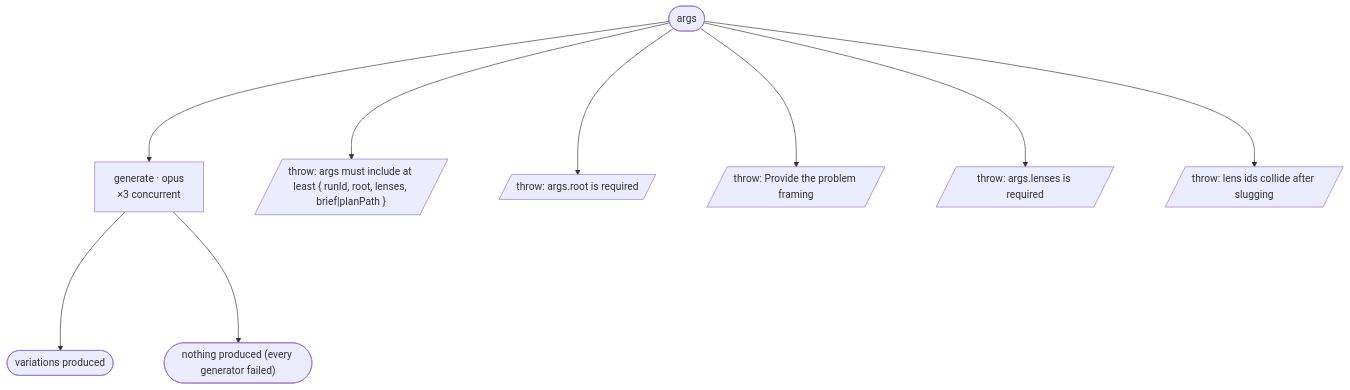
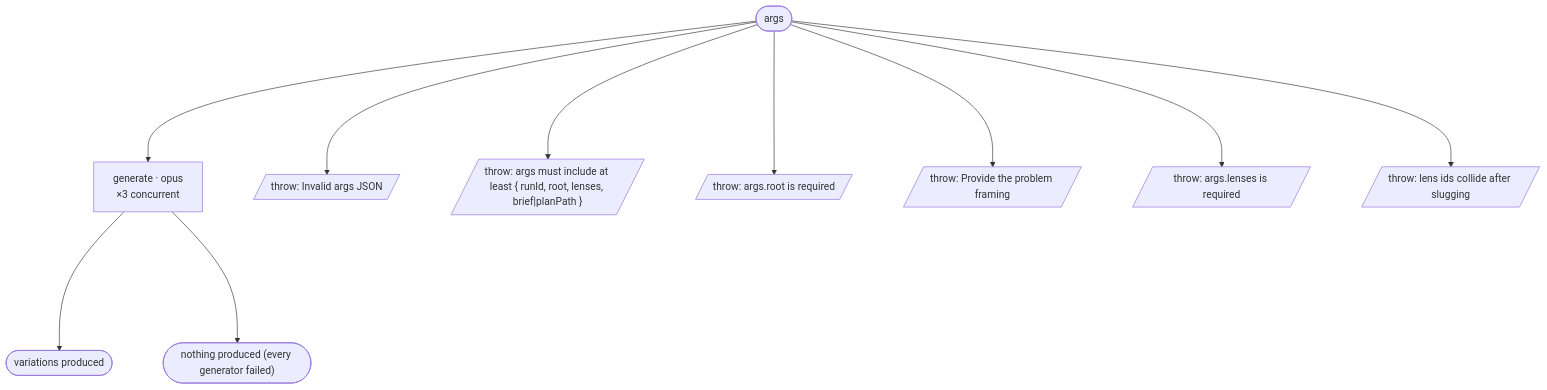
Before and after one commit to Blakeem/aipromptguide-workflows: the diagram in workflows/brainstorm/FLOW.md, drawn with Mermaid. The commit also changed other lines of this file and 34 other files, not shown here.

Commit message:
hardening sweeps: Invalid args JSON guard in all 9 engines + static sweep; prose-sniff tripwire with allowlisted parked-label sites; top-level attestation sweep (29 schemas incl function-built) + 3 resolve-cycle fields consumed; required-args deletion sweep; flow scenarios + maps regenerated

````diff
--- a/workflows/brainstorm/FLOW.md
+++ b/workflows/brainstorm/FLOW.md
@@ -8,21 +8,23 @@
 ```mermaid
 %%{init: {"flowchart": {"nodeSpacing": 80, "rankSpacing": 200}}}%%
 flowchart TD
   S0(["args"])
   a1["generate · opus<br/>×3 concurrent"]
   t1(["variations produced"])
   t2(["nothing produced (every generator failed)"])
-  x1[/"throw: args must include at least { runId, root, lenses, brief#124;planPath }"/]
-  x2[/"throw: args.root is required"/]
-  x3[/"throw: Provide the problem framing"/]
-  x4[/"throw: args.lenses is required"/]
-  x5[/"throw: lens ids collide after slugging"/]
+  x1[/"throw: Invalid args JSON"/]
+  x2[/"throw: args must include at least { runId, root, lenses, brief#124;planPath }"/]
+  x3[/"throw: args.root is required"/]
+  x4[/"throw: Provide the problem framing"/]
+  x5[/"throw: args.lenses is required"/]
+  x6[/"throw: lens ids collide after slugging"/]
   S0 --> a1
   S0 --> x1
   S0 --> x2
   S0 --> x3
   S0 --> x4
   S0 --> x5
+  S0 --> x6
   a1 --> t1
   a1 --> t2
 ```
````
